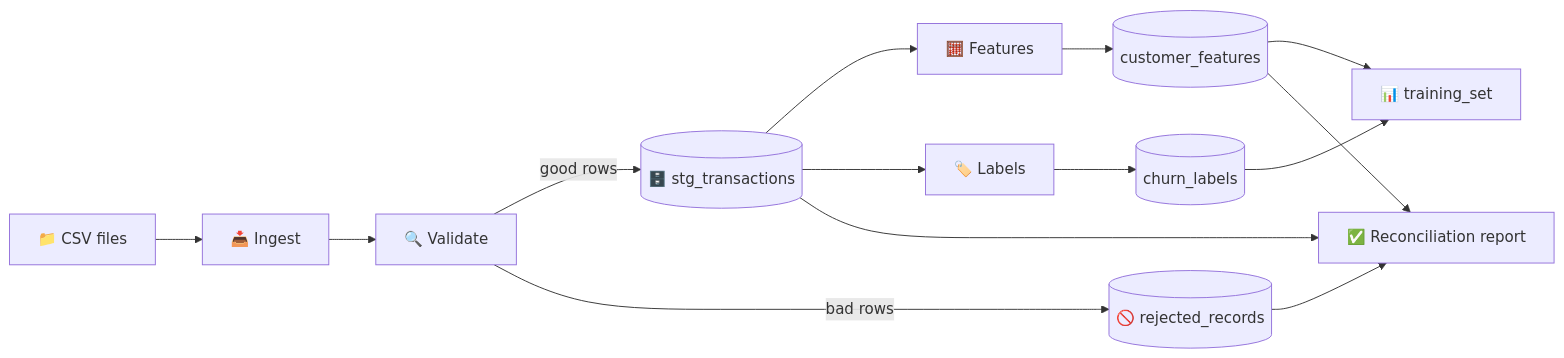
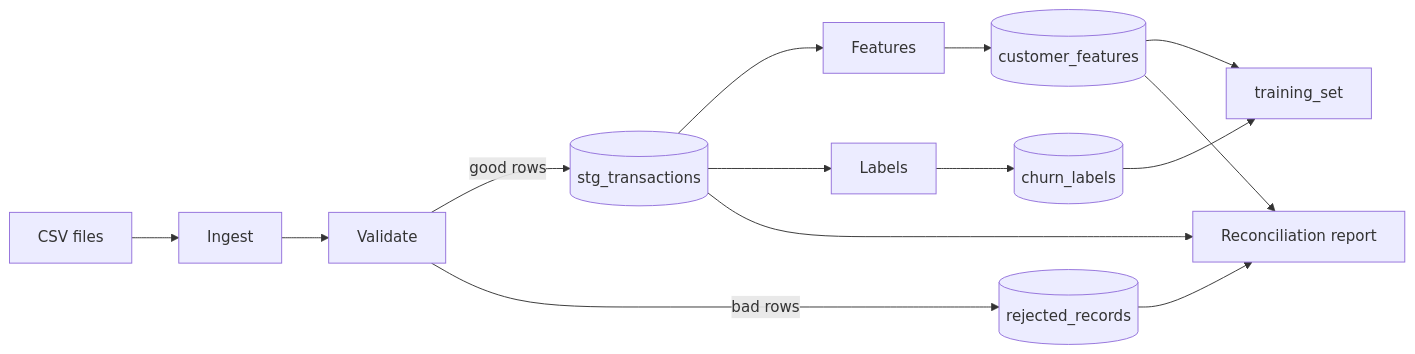
Before and after one commit to Precipitation-Rain/Yottaflex-72-Hrs-Challenge: the diagram in README.md, drawn with Mermaid. The commit also changed other lines of this file, not shown here.

````diff
--- a/README.md
+++ b/README.md
@@ -57,13 +75,13 @@
 ```mermaid
 flowchart LR
-    A[📁 CSV files] --> B[📥 Ingest]
-    B --> C[🔍 Validate]
-    C -->|good rows| D[(🗄️ stg_transactions)]
-    C -->|bad rows| E[(🚫 rejected_records)]
-    D --> F[🧮 Features]
-    D --> G[🏷️ Labels]
+    A[CSV files] --> B[Ingest]
+    B --> C[Validate]
+    C -->|good rows| D[(stg_transactions)]
+    C -->|bad rows| E[(rejected_records)]
+    D --> F[Features]
+    D --> G[Labels]
     F --> H[(customer_features)]
     G --> I[(churn_labels)]
-    H & I --> J[📊 training_set]
-    D & H & E --> K[✅ Reconciliation report]
+    H & I --> J[training_set]
+    D & H & E --> K[Reconciliation report]
 ```
````
